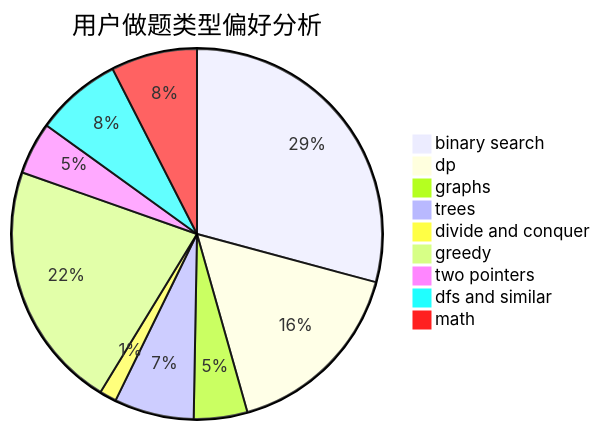
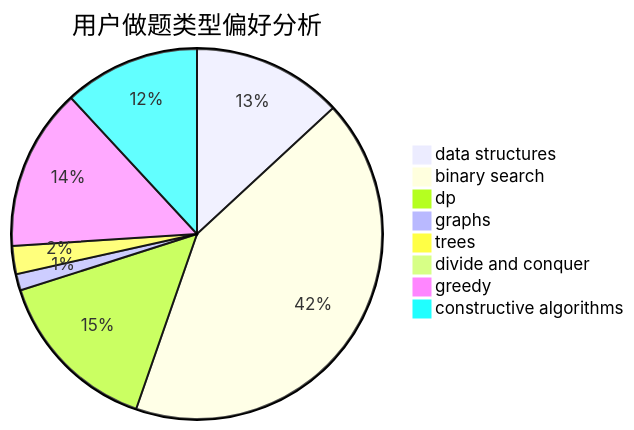
Before and after one commit to sherpahu/cfrs.github.io: the second of 3 diagrams in docs/user/u2040.md, drawn with Mermaid. The commit also changed other lines of this file and 2775 other files, not shown here.

````diff
--- a/docs/user/u2040.md
+++ b/docs/user/u2040.md
@@ -23,12 +23,11 @@
 ```mermaid
 pie title 用户做题类型偏好分析
-    "binary search" :  256
-    "dp" :  144
-    "graphs" :  41
-    "trees" :  61
-    "divide and conquer" :  13
-    "greedy" :  190
-    "two pointers" :  40
-    "dfs and similar" :  66
-    "math" :  66
+    "data structures" :  64
+    "binary search" :  206
+    "dp" :  72
+    "graphs" :  7
+    "trees" :  12
+    "divide and conquer" :  0
+    "greedy" :  69
+    "constructive algorithms" :  58
 ```
````
